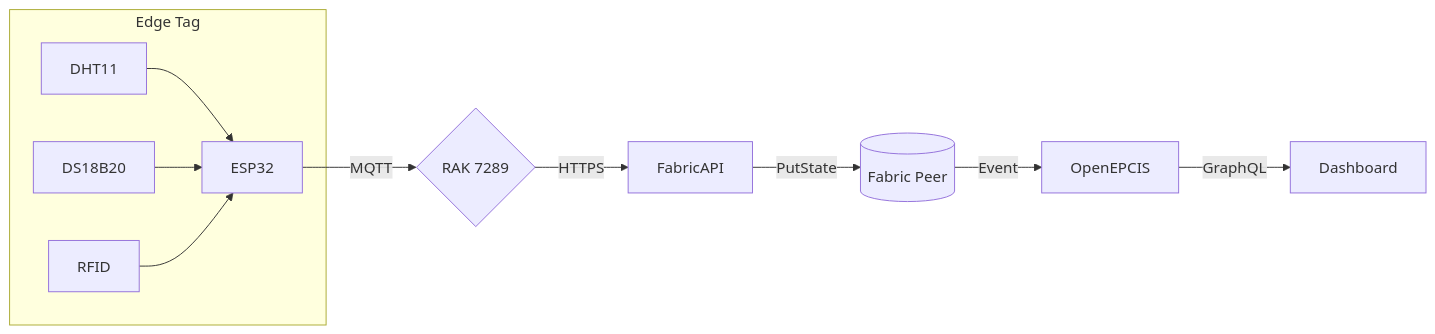
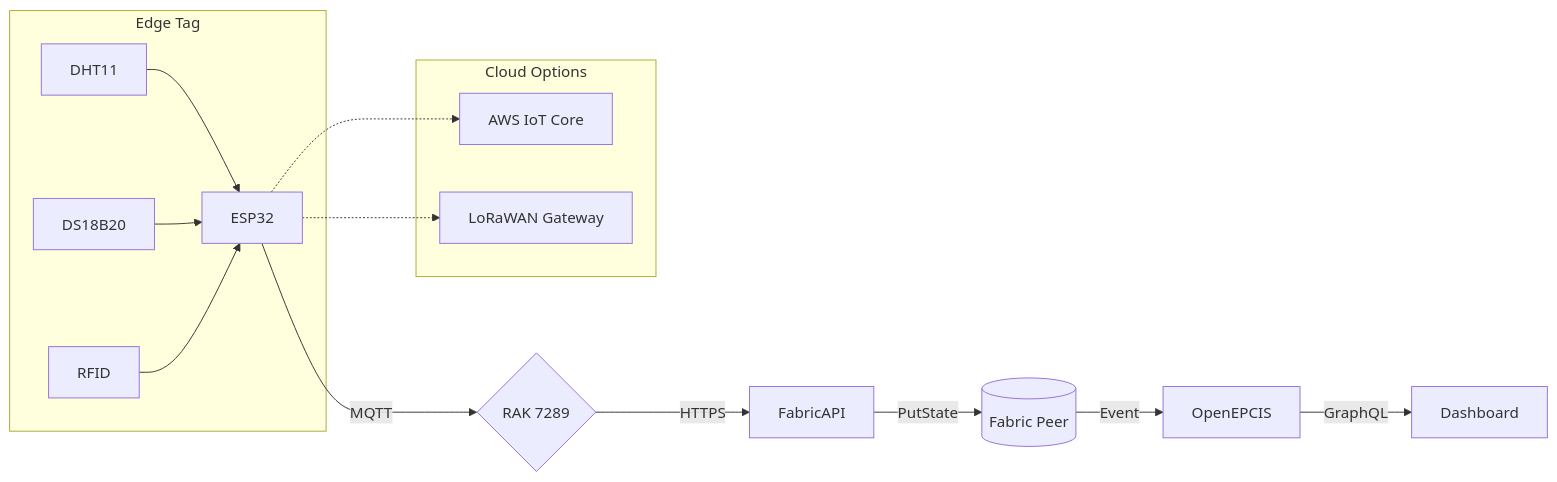
One commit to Antimatters-Technology/Scain changed the diagram in README.md. Above: the diagram before and after it, drawn with Mermaid. The commit also changed other lines of this file, not shown here.

````diff
--- a/README.md
+++ b/README.md
@@ -23,13 +57,21 @@
 ```mermaid
 flowchart LR
-  subgraph Edge Tag
+  subgraph "Edge Tag"
     DHT11-->ESP32
     DS18B20-->ESP32
     RFID-->ESP32
   end
-  ESP32--MQTT-->Gateway{RAK 7289}
+  ESP32--MQTT-->Gateway{RAK 7289}
   Gateway--HTTPS-->FabricAPI
   FabricAPI--PutState-->Peer[(Fabric Peer)]
   Peer--Event-->OpenEPCIS
   OpenEPCIS--GraphQL-->Dashboard
+  
+  subgraph "Cloud Options"
+    AWS[AWS IoT Core]
+    LoRaWAN[LoRaWAN Gateway]
+  end
+  
+  ESP32-.->AWS
+  ESP32-.->LoRaWAN
 ```
````
